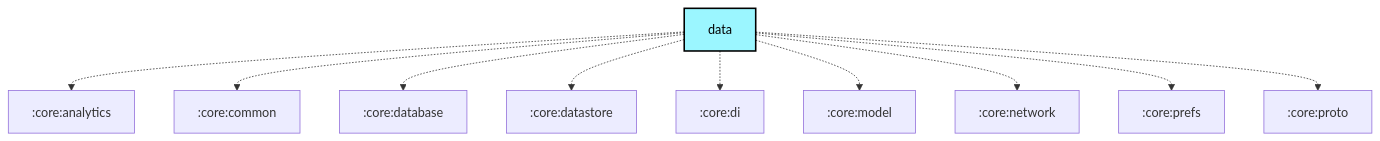
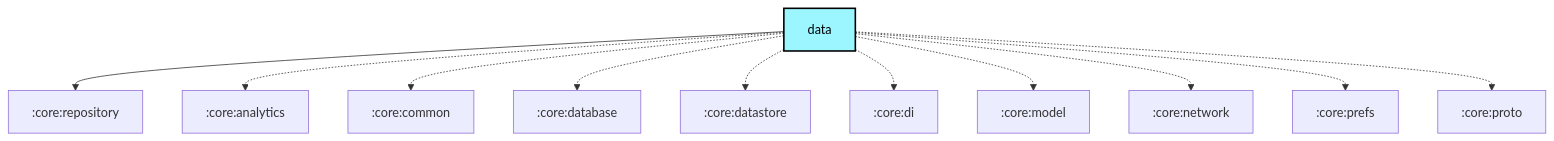
The diagram in core/data/README.md (meshtastic/Meshtastic-Android), drawn with Mermaid before and after one commit. The commit also changed 5 other files, not shown here.

Commit message:
chore: Scheduled updates (Firmware, Hardware, Translations, Graphs) (#4692)

````diff
--- a/core/data/README.md
+++ b/core/data/README.md
@@ -19,24 +19,25 @@
 ```mermaid
 graph TB
   :core:data[data]:::android-library
+  :core:data --> :core:repository
   :core:data -.-> :core:analytics
   :core:data -.-> :core:common
   :core:data -.-> :core:database
   :core:data -.-> :core:datastore
   :core:data -.-> :core:di
   :core:data -.-> :core:model
   :core:data -.-> :core:network
   :core:data -.-> :core:prefs
   :core:data -.-> :core:proto
 
 classDef android-application fill:#CAFFBF,stroke:#000,stroke-width:2px,color:#000;
 classDef android-application-compose fill:#CAFFBF,stroke:#000,stroke-width:2px,color:#000;
 classDef android-feature fill:#FFD6A5,stroke:#000,stroke-width:2px,color:#000;
 classDef android-library fill:#9BF6FF,stroke:#000,stroke-width:2px,color:#000;
 classDef android-library-compose fill:#9BF6FF,stroke:#000,stroke-width:2px,color:#000;
 classDef android-test fill:#A0C4FF,stroke:#000,stroke-width:2px,color:#000;
 classDef jvm-library fill:#BDB2FF,stroke:#000,stroke-width:2px,color:#000;
 classDef kmp-library fill:#FFC1CC,stroke:#000,stroke-width:2px,color:#000;
 classDef unknown fill:#FFADAD,stroke:#000,stroke-width:2px,color:#000;
 
 ```
````
